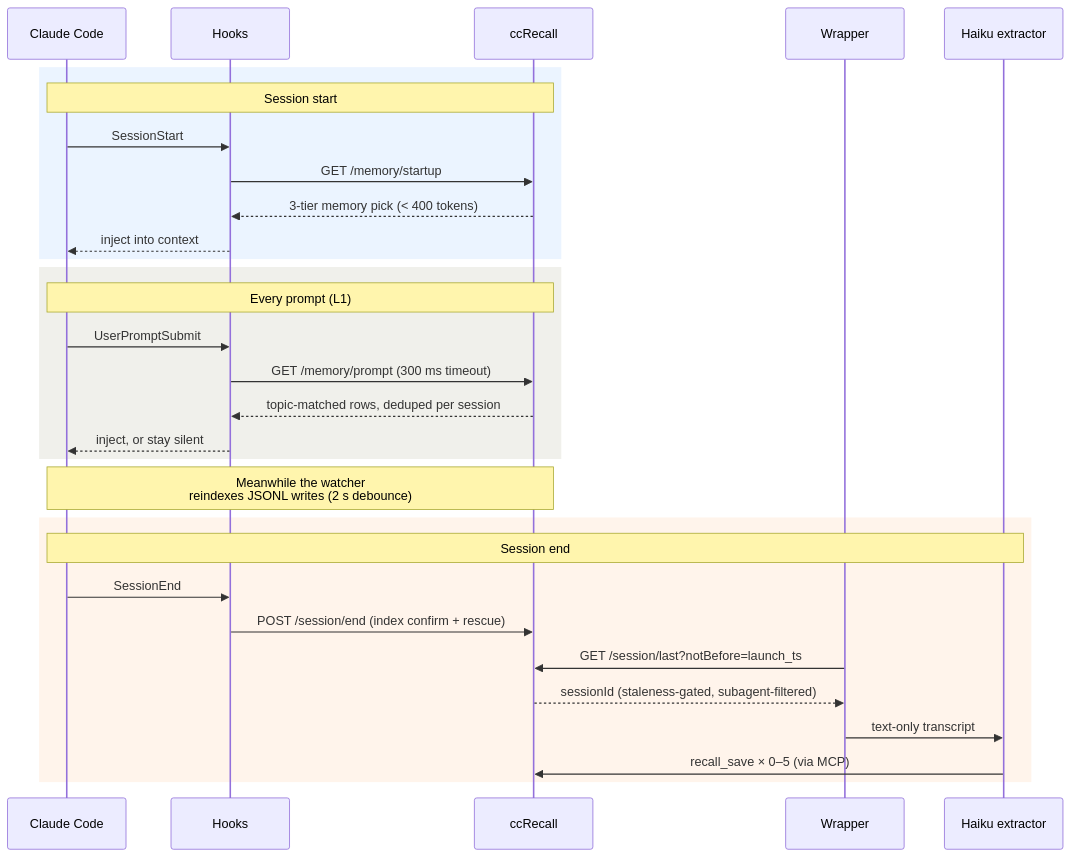
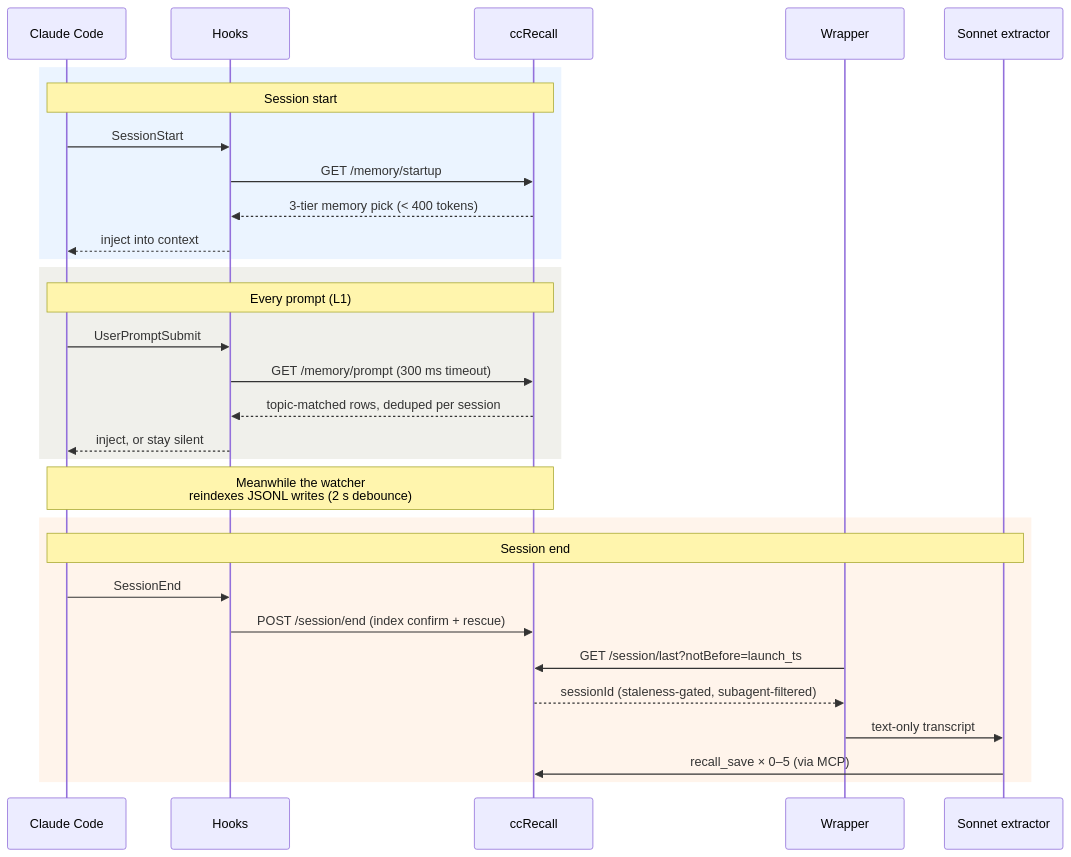
Before and after one commit to tznthou/ccRecall: the second of 2 diagrams in README.md, drawn with Mermaid. The commit also changed other lines of this file and 3 other files, not shown here.

````diff
--- a/README.md
+++ b/README.md
@@ -116,36 +116,36 @@
 ```mermaid
 sequenceDiagram
     participant CC as Claude Code
     participant H as Hooks
     participant R as ccRecall
     participant W as Wrapper
-    participant X as Haiku extractor
+    participant X as Sonnet extractor
 
     rect rgb(235, 244, 255)
     Note over CC,R: Session start
     CC->>H: SessionStart
     H->>R: GET /memory/startup
     R-->>H: 3-tier memory pick (< 400 tokens)
     H-->>CC: inject into context
     end
 
     rect rgb(240, 240, 235)
     Note over CC,R: Every prompt (L1)
     CC->>H: UserPromptSubmit
     H->>R: GET /memory/prompt (300 ms timeout)
     R-->>H: topic-matched rows, deduped per session
     H-->>CC: inject, or stay silent
     end
 
     Note over CC,R: Meanwhile the watcher<br/>reindexes JSONL writes (2 s debounce)
 
     rect rgb(255, 244, 235)
     Note over CC,X: Session end
     CC->>H: SessionEnd
     H->>R: POST /session/end (index confirm + rescue)
     W->>R: GET /session/last?notBefore=launch_ts
     R-->>W: sessionId (staleness-gated, subagent-filtered)
     W->>X: text-only transcript
     X->>R: recall_save × 0–5 (via MCP)
     end
 ```
````
